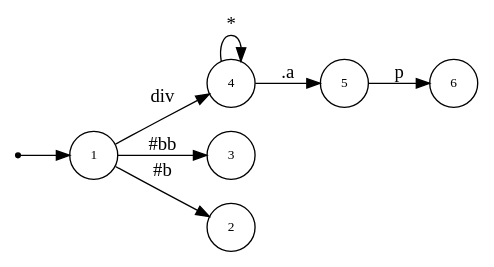
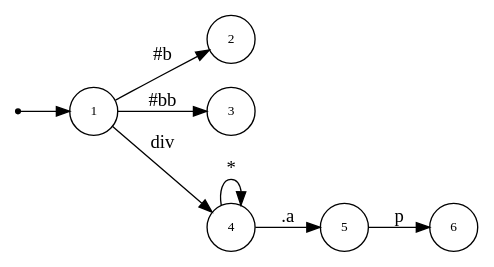
Before and after one commit to asukaminato0721/css-bitvector-compiler: the diagram in css-gen-op/testcase/dot_tri.dot, drawn with Graphviz. The commit also changed other lines of this file and 19 other files, not shown here.

```diff
--- a/css-gen-op/testcase/dot_tri.dot
+++ b/css-gen-op/testcase/dot_tri.dot
@@ -1,19 +1,19 @@
 digraph NFA {
   rankdir=LR;
   node [shape=circle, fontsize=10];
   __start [shape=point, label=""];
   __start -> 1;
+  5 [label="5"];
   1 [label="1"];
+  2 [label="2"];
+  6 [label="6"];
+  3 [label="3"];
   4 [label="4"];
-  3 [label="3"];
-  5 [label="5"];
-  6 [label="6"];
-  2 [label="2"];
   { node [shape=doublecircle]; 2 3 6 }
   1 -> 2 [label="#b"];
   1 -> 3 [label="#bb"];
   1 -> 4 [label="div"];
   4 -> 4 [label="*"];
   4 -> 5 [label=".a"];
   5 -> 6 [label="p"];
 }
```
